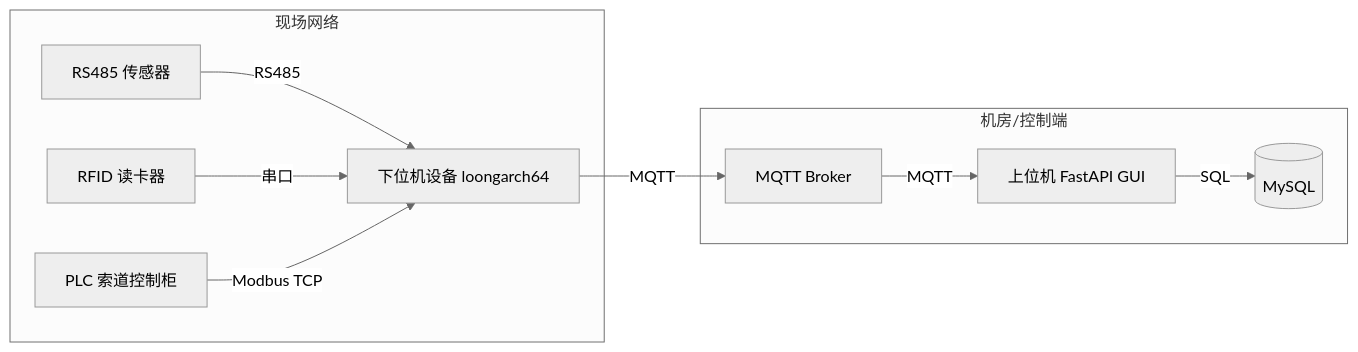
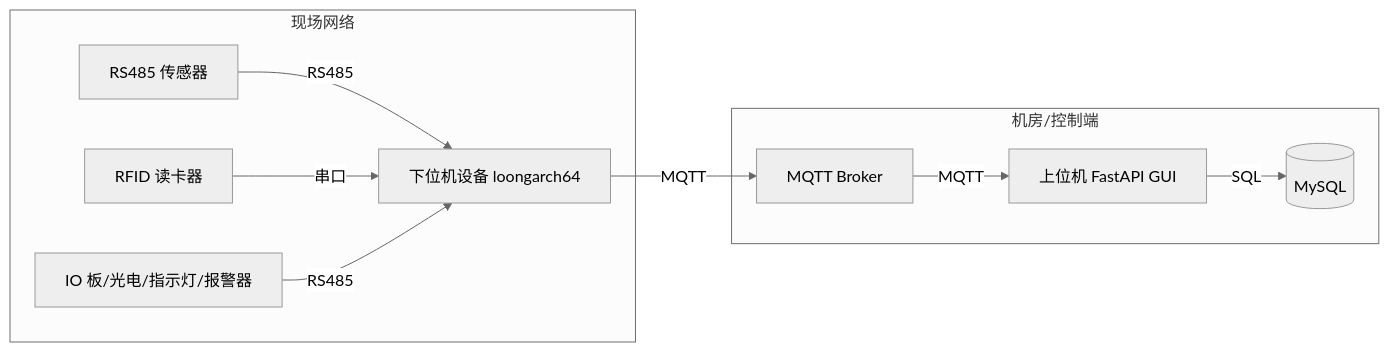
The third of 3 diagrams in docs/architecture.md (MrLiuPeiBao/loonginx), drawn with Mermaid (neutral theme) before and after one commit. The commit also changed other lines of this file and 172 other files, not shown here.

````diff
--- a/docs/architecture.md
+++ b/docs/architecture.md
@@ -89,22 +87,22 @@
 ```mermaid
 flowchart LR
   subgraph Field[现场网络]
-    PLC[PLC 索道控制柜]
     Sensors[RS485 传感器]
     RFID[RFID 读卡器]
+    IOBoard[IO 板/光电/指示灯/报警器]
     Client[下位机设备 loongarch64]
   end
 
   subgraph Control[机房/控制端]
     Broker[MQTT Broker]
     Server[上位机 FastAPI GUI]
     DB[(MySQL)]
   end
 
   Sensors -- RS485 --> Client
   RFID -- 串口 --> Client
-  PLC -- Modbus TCP --> Client
+  IOBoard -- RS485 --> Client
   Client -- MQTT --> Broker
   Broker -- MQTT --> Server
   Server -- SQL --> DB
 ```
````
